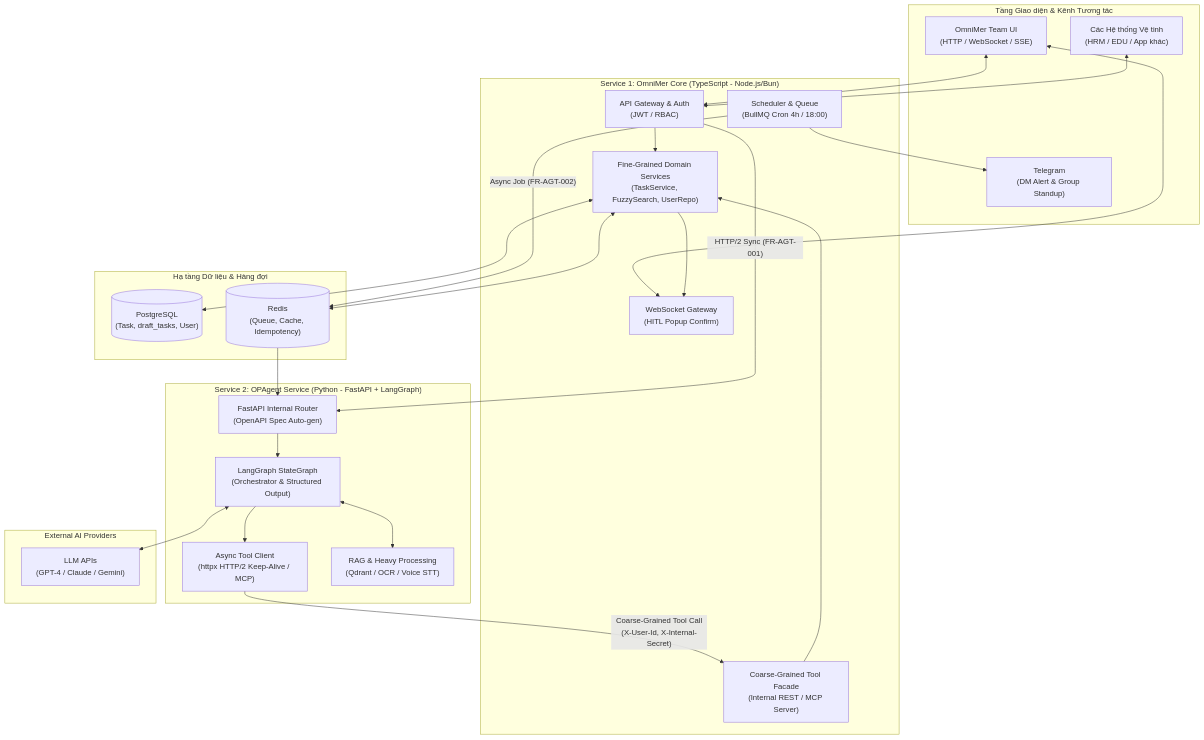
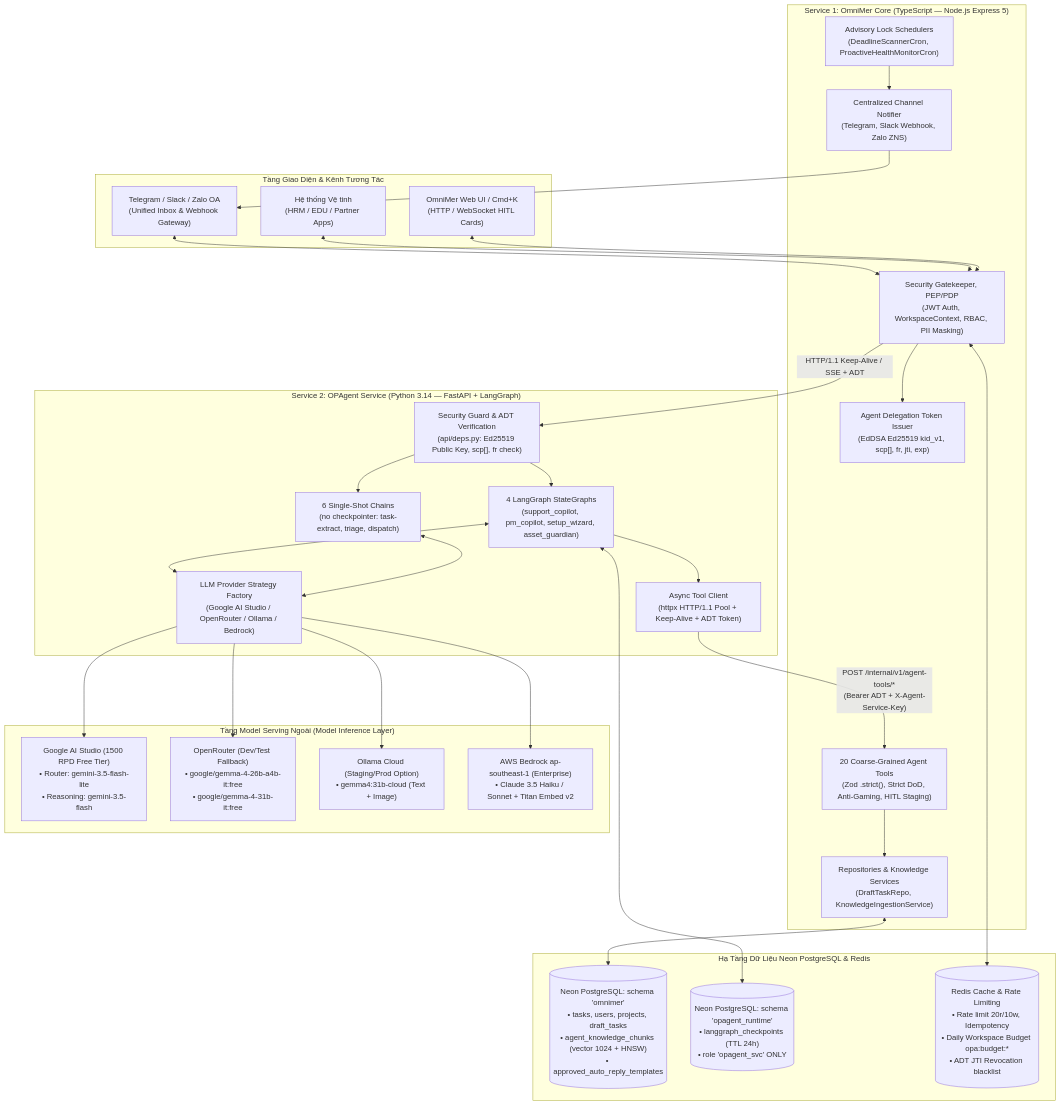
Before and after one commit to HuynhTri-dev/omnimer_team_doc: the first of 4 diagrams in docs/bda/02-phase1-omniproject/agent_project/sa.md, drawn with Mermaid. The commit also changed other lines of this file and 2 other files, not shown here.

Commit message:
docs(srs): sync documentation with architecture v2.0.0 and update technical scope

````diff
--- a/docs/bda/02-phase1-omniproject/agent_project/sa.md
+++ b/docs/bda/02-phase1-omniproject/agent_project/sa.md
@@ -26,54 +37,62 @@
 ```mermaid
 flowchart TB
-    subgraph Clients["Tầng Giao diện & Kênh Tương tác"]
-        UI["OmniMer Team UI<br/>(HTTP / WebSocket / SSE)"]
-        SAT["Các Hệ thống Vệ tinh<br/>(HRM / EDU / App khác)"]
-        TG["Telegram<br/>(DM Alert & Group Standup)"]
+    subgraph Clients["Tầng Giao Diện & Kênh Tương Tác"]
+        UI["OmniMer Web UI / Cmd+K<br/>(HTTP / WebSocket HITL Cards)"]
+        SAT["Hệ thống Vệ tinh<br/>(HRM / EDU / Partner Apps)"]
+        EXT_CHANNELS["Telegram / Slack / Zalo OA<br/>(Unified Inbox & Webhook Gateway)"]
     end
 
-    subgraph CoreService["Service 1: OmniMer Core (TypeScript - Node.js/Bun)"]
-        GW["API Gateway & Auth<br/>(JWT / RBAC)"]
-        WS["WebSocket Gateway<br/>(HITL Popup Confirm)"]
-        CRON["Scheduler & Queue<br/>(BullMQ Cron 4h / 18:00)"]
-        FACADE["Coarse-Grained Tool Facade<br/>(Internal REST / MCP Server)"]
-        DOMAIN["Fine-Grained Domain Services<br/>(TaskService, FuzzySearch, UserRepo)"]
+    subgraph CoreService["Service 1: OmniMer Core (TypeScript — Node.js Express 5)"]
+        PEP_PDP["Security Gatekeeper, PEP/PDP<br/>(JWT Auth, WorkspaceContext, RBAC, PII Masking)"]
+        ADT_GEN["Agent Delegation Token Issuer<br/>(EdDSA Ed25519 kid_v1, scp[], fr, jti, exp)"]
+        CRON["Advisory Lock Schedulers<br/>(DeadlineScannerCron, ProactiveHealthMonitorCron)"]
+        FACADE["20 Coarse-Grained Agent Tools<br/>(Zod .strict(), Strict DoD, Anti-Gaming, HITL Staging)"]
+        NOTIFIER["Centralized Channel Notifier<br/>(Telegram, Slack Webhook, Zalo ZNS)"]
+        CORE_REPOS["Repositories & Knowledge Services<br/>(DraftTaskRepo, KnowledgeIngestionService)"]
     end
 
-    subgraph Infra["Hạ tầng Dữ liệu & Hàng đợi"]
-        DB[("PostgreSQL<br/>(Task, draft_tasks, User)")]
-        REDIS[("Redis<br/>(Queue, Cache, Idempotency)")]
+    subgraph Infra["Hạ Tầng Dữ Liệu Neon PostgreSQL & Redis"]
+        DB_OMNIMER[("Neon PostgreSQL: schema 'omnimer'<br/>• tasks, users, projects, draft_tasks<br/>• agent_knowledge_chunks (vector 1024 + HNSW)<br/>• approved_auto_reply_templates")]
+        DB_RUNTIME[("Neon PostgreSQL: schema 'opagent_runtime'<br/>• langgraph_checkpoints (TTL 24h)<br/>• role 'opagent_svc' ONLY")]
+        REDIS[("Redis Cache & Rate Limiting<br/>• Rate limit 20r/10w, Idempotency<br/>• Daily Workspace Budget opa:budget:*<br/>• ADT JTI Revocation blacklist")]
     end
 
-    subgraph AgentService["Service 2: OPAgent Service (Python - FastAPI + LangGraph)"]
-        API["FastAPI Internal Router<br/>(OpenAPI Spec Auto-gen)"]
-        GRAPH["LangGraph StateGraph<br/>(Orchestrator & Structured Output)"]
-        TCLIENT["Async Tool Client<br/>(httpx HTTP/2 Keep-Alive / MCP)"]
-        RAG["RAG & Heavy Processing<br/>(Qdrant / OCR / Voice STT)"]
+    subgraph AgentService["Service 2: OPAgent Service (Python 3.14 — FastAPI + LangGraph)"]
+        SEC_MIDDLEWARE["Security Guard & ADT Verification<br/>(api/deps.py: Ed25519 Public Key, scp[], fr check)"]
+        SINGLE_CHAINS["6 Single-Shot Chains<br/>(no checkpointer: task-extract, triage, dispatch)"]
+        LANG_GRAPHS["4 LangGraph StateGraphs<br/>(support_copilot, pm_copilot, setup_wizard, asset_guardian)"]
+        TOOL_CALLER["Async Tool Client<br/>(httpx HTTP/1.1 Pool + Keep-Alive + ADT Token)"]
+        LLM_ADAPTER["LLM Provider Strategy Factory<br/>(Google AI Studio / OpenRouter / Ollama / Bedrock)"]
     end
 
-    subgraph External["External AI Providers"]
-        LLM["LLM APIs<br/>(GPT-4 / Claude / Gemini)"]
+    subgraph ExternalLLM["Tầng Model Serving Ngoài (Model Inference Layer)"]
+        GOOGLE_AI["Google AI Studio (1500 RPD Free Tier)<br/>• Router: gemini-3.5-flash-lite<br/>• Reasoning: gemini-3.5-flash"]
+        OPENROUTER["OpenRouter (Dev/Test Fallback)<br/>• google/gemma-4-26b-a4b-it:free<br/>• google/gemma-4-31b-it:free"]
+        OLLAMA_CLOUD["Ollama Cloud (Staging/Prod Option)<br/>• gemma4:31b-cloud (Text + Image)"]
+        AWS_BEDROCK["AWS Bedrock ap-southeast-1 (Enterprise)<br/>• Claude 3.5 Haiku / Sonnet + Titan Embed v2"]
     end
 
-    UI <--> GW
-    UI <--> WS
-    SAT <--> GW
-    CRON --> TG
+    UI <--> PEP_PDP
+    SAT <--> PEP_PDP
+    EXT_CHANNELS <--> PEP_PDP
+    CRON --> NOTIFIER --> EXT_CHANNELS
 
-    GW --> DOMAIN
-    GW -- "HTTP/2 Sync (FR-AGT-001)" --> API
-    CRON -- "Async Job (FR-AGT-002)" --> REDIS
-    REDIS --> API
+    PEP_PDP --> ADT_GEN
+    PEP_PDP -- "HTTP/1.1 Keep-Alive / SSE + ADT" --> SEC_MIDDLEWARE
+    SEC_MIDDLEWARE --> SINGLE_CHAINS
+    SEC_MIDDLEWARE --> LANG_GRAPHS
+    LANG_GRAPHS <--> DB_RUNTIME
 
-    FACADE --> DOMAIN
-    DOMAIN <--> DB
-    DOMAIN <--> REDIS
-    DOMAIN --> WS
+    LANG_GRAPHS --> TOOL_CALLER
+    TOOL_CALLER -- "POST /internal/v1/agent-tools/*<br/>(Bearer ADT + X-Agent-Service-Key)" --> FACADE
+    FACADE --> CORE_REPOS
+    CORE_REPOS <--> DB_OMNIMER
+    PEP_PDP <--> REDIS
 
-    API --> GRAPH
-    GRAPH <--> LLM
-    GRAPH <--> RAG
-    GRAPH --> TCLIENT
-    TCLIENT -- "Coarse-Grained Tool Call<br/>(X-User-Id, X-Internal-Secret)" --> FACADE
-
+    SINGLE_CHAINS <--> LLM_ADAPTER
+    LANG_GRAPHS <--> LLM_ADAPTER
+    LLM_ADAPTER --> GOOGLE_AI
+    LLM_ADAPTER --> OPENROUTER
+    LLM_ADAPTER --> OLLAMA_CLOUD
+    LLM_ADAPTER --> AWS_BEDROCK
 ```
````
